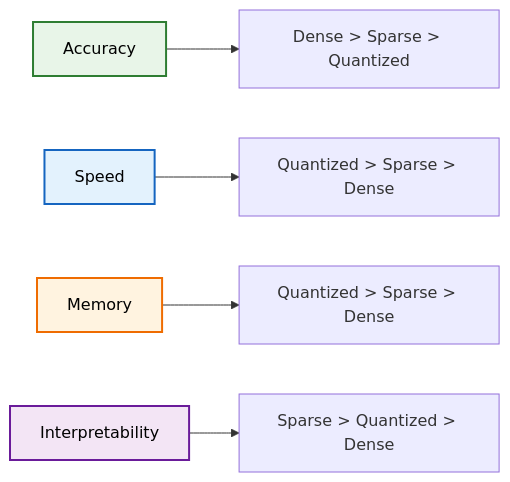
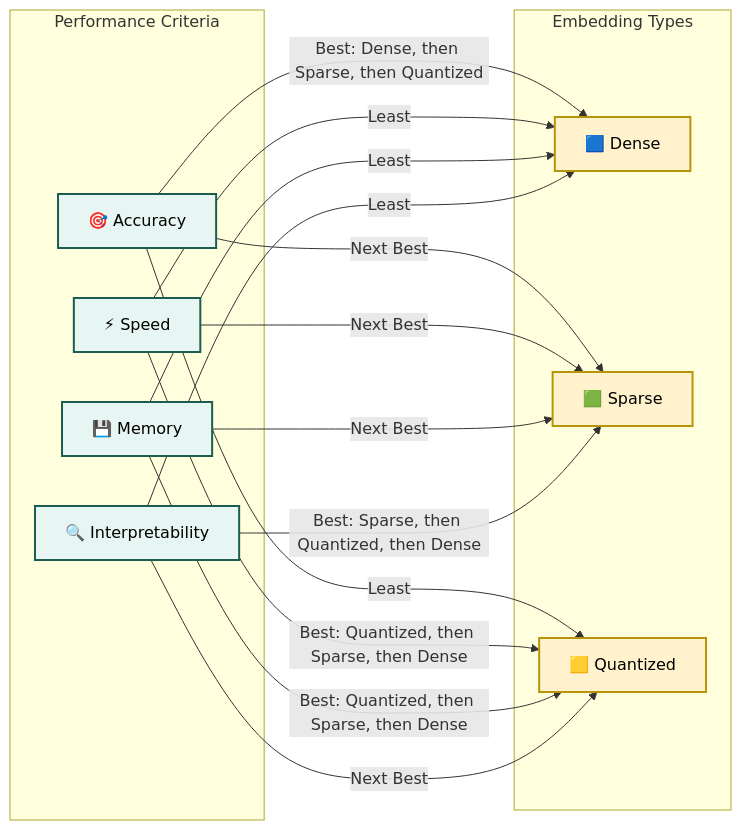
The second of 2 diagrams in 32_embeddings/03_embedding_types.md (raphaelmansuy/tutorials), drawn with Mermaid before and after one commit. The commit also changed other lines of this file and 6 other files, not shown here.

````diff
--- a/32_embeddings/03_embedding_types.md
+++ b/32_embeddings/03_embedding_types.md
@@ -933,12 +959,36 @@
 ```mermaid
-graph LR
-    A[Accuracy] --> B[Dense > Sparse > Quantized]
-    C[Speed] --> D[Quantized > Sparse > Dense]
-    E[Memory] --> F[Quantized > Sparse > Dense]
-    G[Interpretability] --> H[Sparse > Quantized > Dense]
-    
-    style A fill:#e8f5e8,stroke:#2e7d32,stroke-width:2px,color:#000
-    style C fill:#e3f2fd,stroke:#1565c0,stroke-width:2px,color:#000
-    style E fill:#fff3e0,stroke:#ef6c00,stroke-width:2px,color:#000
-    style G fill:#f3e5f5,stroke:#6a1b9a,stroke-width:2px,color:#000
+flowchart LR
+    subgraph "Performance Criteria"
+        Accuracy[🎯 Accuracy]
+        Speed[⚡ Speed]
+        Memory[💾 Memory]
+        Interpretability[🔍 Interpretability]
+    end
+
+    subgraph "Embedding Types"
+        Dense[🟦 Dense]
+        Sparse[🟩 Sparse]
+        Quantized[🟨 Quantized]
+    end
+
+    Accuracy -- Best: Dense, then Sparse, then Quantized --> Dense
+    Accuracy -- Next Best --> Sparse
+    Accuracy -- Least --> Quantized
+
+    Speed -- Best: Quantized, then Sparse, then Dense --> Quantized
+    Speed -- Next Best --> Sparse
+    Speed -- Least --> Dense
+
+    Memory -- Best: Quantized, then Sparse, then Dense --> Quantized
+    Memory -- Next Best --> Sparse
+    Memory -- Least --> Dense
+
+    Interpretability -- Best: Sparse, then Quantized, then Dense --> Sparse
+    Interpretability -- Next Best --> Quantized
+    Interpretability -- Least --> Dense
+
+    classDef criteria fill:#E8F6F3,stroke:#1B5E4F,stroke-width:2px,color:#000;
+    classDef type fill:#FFF2CC,stroke:#B7950B,stroke-width:2px,color:#000;
+    class Accuracy,Speed,Memory,Interpretability criteria;
+    class Dense,Sparse,Quantized type;
 ```
````
